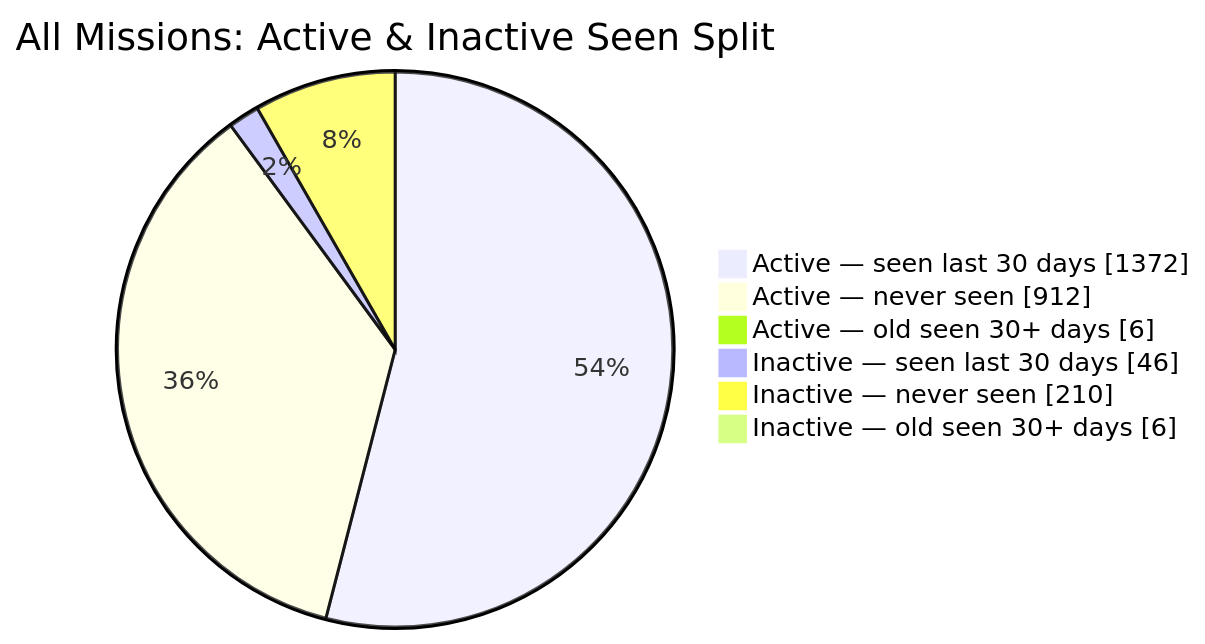
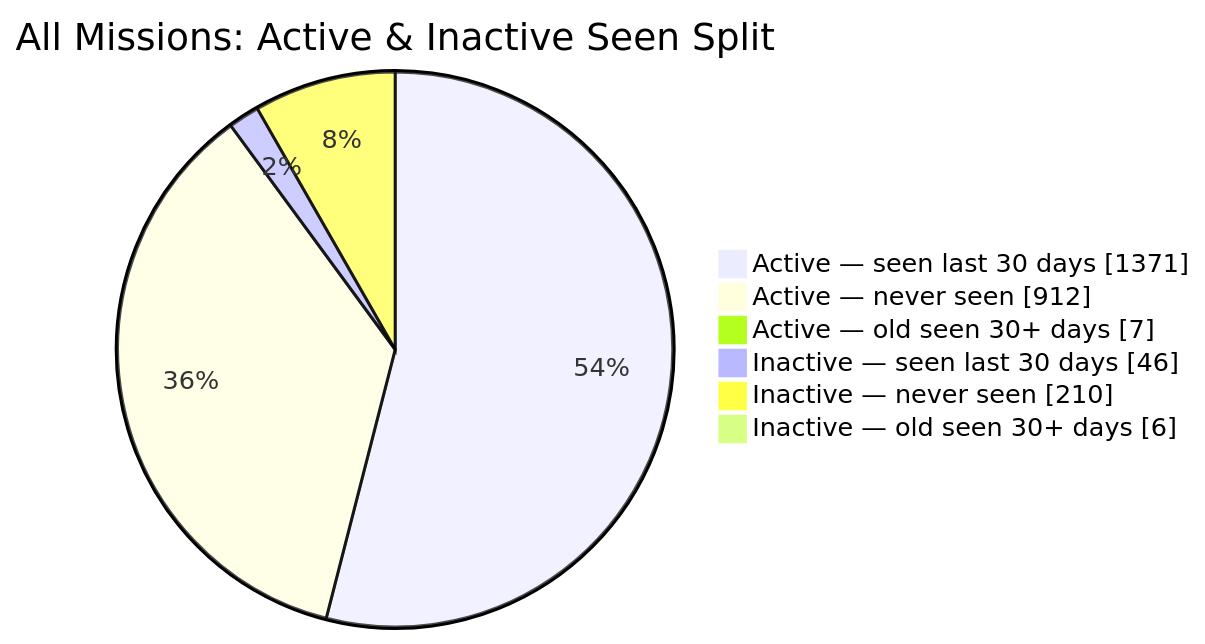
One commit to MeldkamerspelGameTeam/active-missions changed the second of 2 diagrams in README.md. Above: the diagram before and after it, drawn with Mermaid. The commit also changed other lines of this file and 3 other files, not shown here.

````diff
--- a/README.md
+++ b/README.md
@@ -44,10 +44,10 @@
 ```mermaid
 pie showData
     title All Missions: Active & Inactive Seen Split
-    "Active — seen last 30 days" : 1372
+    "Active — seen last 30 days" : 1371
     "Active — never seen" : 912
-    "Active — old seen 30+ days" : 6
+    "Active — old seen 30+ days" : 7
     "Inactive — seen last 30 days" : 46
     "Inactive — never seen" : 210
     "Inactive — old seen 30+ days" : 6
 ```
````
